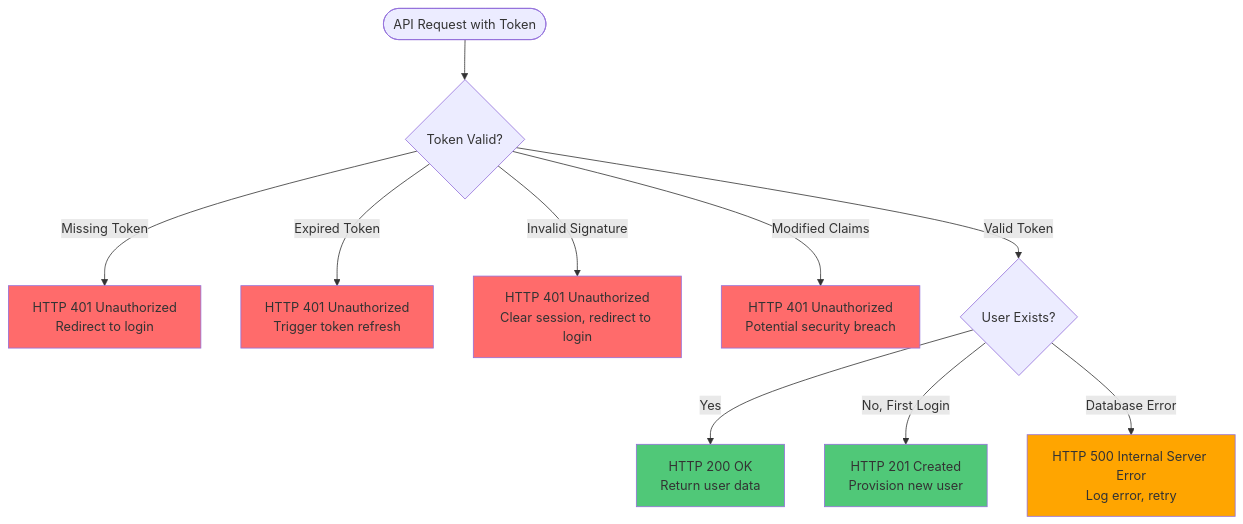
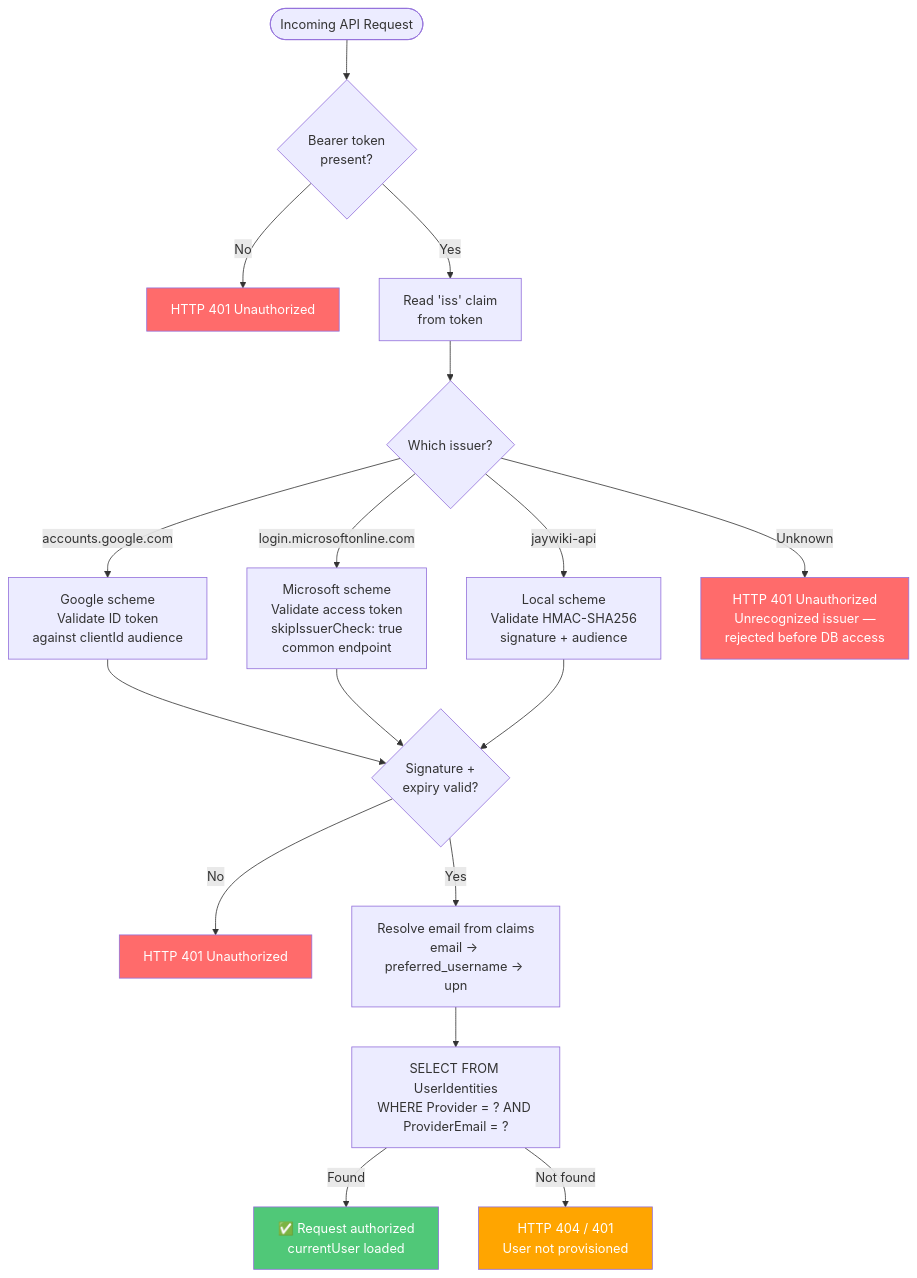
Before and after one commit to Etown-CS/JayWiki: the fourth of 4 diagrams in Docs/oauthauthenticationflow.md, drawn with Mermaid. The commit also changed other lines of this file and 2 other files, not shown here.

First line of the commit message:
Docs: add local auth, update OAuth flows & stack

````diff
--- a/Docs/oauthauthenticationflow.md
+++ b/Docs/oauthauthenticationflow.md
@@ -130,22 +149,32 @@
 ```mermaid
 flowchart TD
-    Start([API Request with Token]) --> Validate{Token Valid?}
-    
-    Validate -->|Missing Token| E401A[HTTP 401 Unauthorized<br/>Redirect to login]
-    Validate -->|Expired Token| E401B[HTTP 401 Unauthorized<br/>Trigger token refresh]
-    Validate -->|Invalid Signature| E401C[HTTP 401 Unauthorized<br/>Clear session, redirect to login]
-    Validate -->|Modified Claims| E401D[HTTP 401 Unauthorized<br/>Potential security breach]
-    Validate -->|Valid Token| CheckUser{User Exists?}
-    
-    CheckUser -->|Yes| Success[HTTP 200 OK<br/>Return user data]
-    CheckUser -->|No, First Login| CreateUser[HTTP 201 Created<br/>Provision new user]
-    CheckUser -->|Database Error| E500[HTTP 500 Internal Server Error<br/>Log error, retry]
-    
-    style E401A fill:#FF6B6B
-    style E401B fill:#FF6B6B
-    style E401C fill:#FF6B6B
-    style E401D fill:#FF6B6B
-    style E500 fill:#FFA500
-    style Success fill:#50C878
-    style CreateUser fill:#50C878
+    Start([Incoming API Request]) --> HasToken{Bearer token<br/>present?}
+    HasToken -->|No| E401A[HTTP 401 Unauthorized]
+
+    HasToken -->|Yes| ReadIss[Read 'iss' claim<br/>from token]
+
+    ReadIss --> RouteScheme{Which issuer?}
+
+    RouteScheme -->|accounts.google.com| Google[Google scheme<br/>Validate ID token<br/>against clientId audience]
+    RouteScheme -->|login.microsoftonline.com| Microsoft[Microsoft scheme<br/>Validate access token<br/>skipIssuerCheck: true<br/>common endpoint]
+    RouteScheme -->|jaywiki-api| Local[Local scheme<br/>Validate HMAC-SHA256<br/>signature + audience]
+    RouteScheme -->|Unknown| E401B[HTTP 401 Unauthorized<br/>Unrecognized issuer —<br/>rejected before DB access]
+
+    Google --> SigCheck{Signature +<br/>expiry valid?}
+    Microsoft --> SigCheck
+    Local --> SigCheck
+
+    SigCheck -->|No| E401C[HTTP 401 Unauthorized]
+    SigCheck -->|Yes| ResolveEmail[Resolve email from claims<br/>email → preferred_username → upn]
+
+    ResolveEmail --> DBLookup[SELECT FROM UserIdentities<br/>WHERE Provider = ? AND ProviderEmail = ?]
+
+    DBLookup -->|Found| Authorized[✅ Request authorized<br/>currentUser loaded]
+    DBLookup -->|Not found| E404[HTTP 404 / 401<br/>User not provisioned]
+
+    style E401A fill:#FF6B6B,color:#fff
+    style E401B fill:#FF6B6B,color:#fff
+    style E401C fill:#FF6B6B,color:#fff
+    style E404 fill:#FFA500,color:#fff
+    style Authorized fill:#50C878,color:#fff
 ```
````
